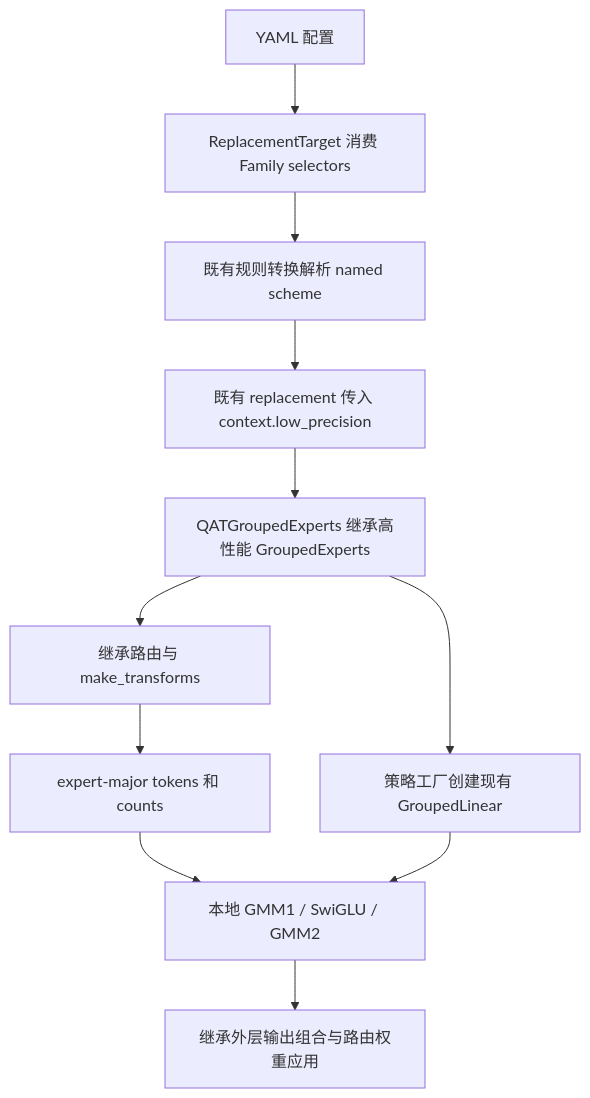
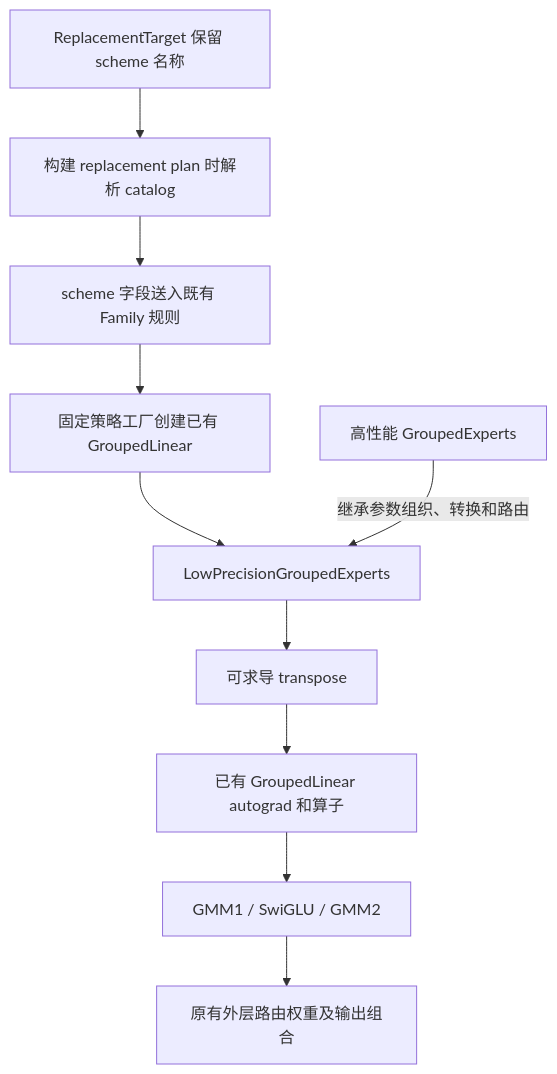
Before and after one commit to yooooo00/hyper-parallel-fork: the second of 2 diagrams in docs/guide/module_family_qat.md, drawn with Mermaid. The commit also changed other lines of this file, not shown here.

Commit message:
docs: describe scheme-selected Linear and expert families

````diff
--- a/docs/guide/module_family_qat.md
+++ b/docs/guide/module_family_qat.md
@@ -52,13 +72,12 @@
 ```mermaid
 flowchart TD
-    A[YAML 配置] --> C[ReplacementTarget 消费 Family selectors]
-    C --> B[既有规则转换解析 named scheme]
-    B --> D[既有 replacement 传入 context.low_precision]
-    D --> E[QATGroupedExperts 继承高性能 GroupedExperts]
-    E --> F[继承路由与 make_transforms]
-    E --> G[策略工厂创建现有 GroupedLinear]
-    F --> H[expert-major tokens 和 counts]
-    H --> J[本地 GMM1 / SwiGLU / GMM2]
-    G --> J
-    J --> K[继承外层输出组合与路由权重应用]
+    A[ReplacementTarget 保留 scheme 名称] --> B[构建 replacement plan 时解析 catalog]
+    B --> C[scheme 字段送入既有 Family 规则]
+    C --> D[固定策略工厂创建已有 GroupedLinear]
+    D --> E[LowPrecisionGroupedExperts]
+    F[高性能 GroupedExperts] -->|继承参数组织、转换和路由| E
+    E --> G[可求导 transpose]
+    G --> H[已有 GroupedLinear autograd 和算子]
+    H --> I[GMM1 / SwiGLU / GMM2]
+    I --> J[原有外层路由权重及输出组合]
 ```
````
